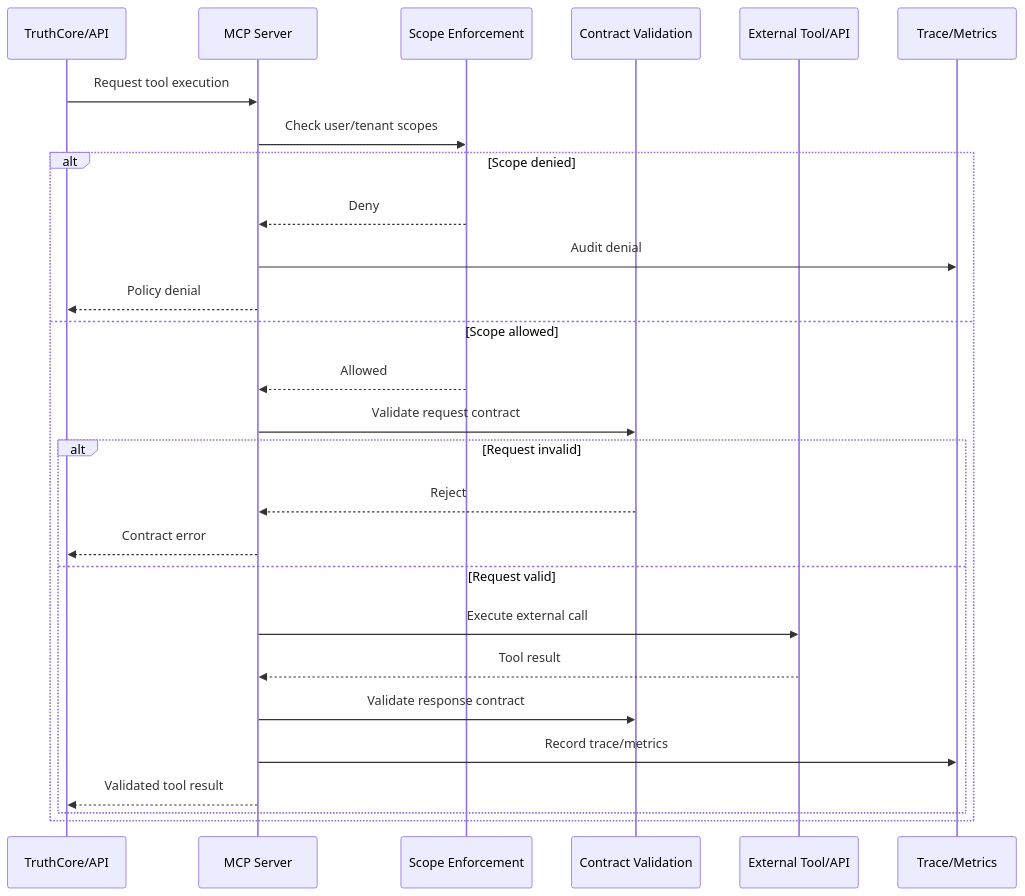
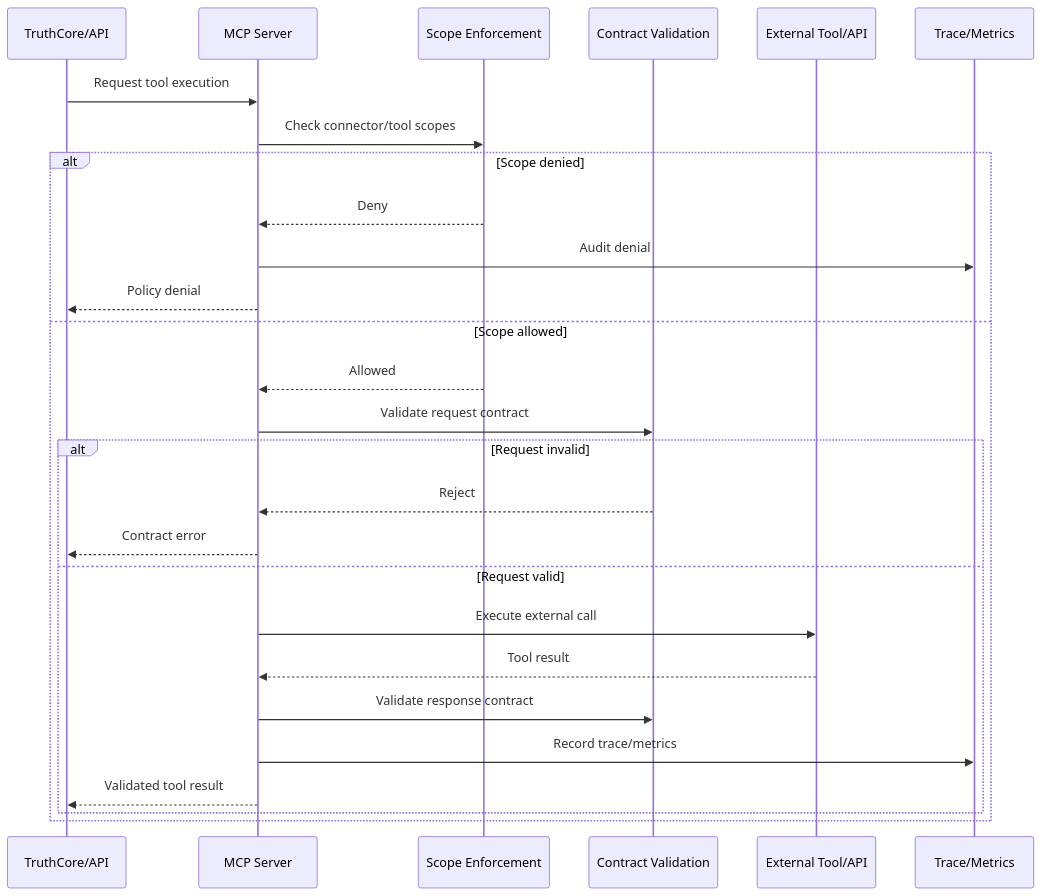
One commit to kherrera6219/DataLogicEngine changed the fifth of 10 diagrams in docs/SEQUENCE_DIAGRAMS.md. Above: the diagram before and after it, drawn with Mermaid. The commit also changed 6 other files, not shown here.

````diff
--- a/docs/SEQUENCE_DIAGRAMS.md
+++ b/docs/SEQUENCE_DIAGRAMS.md
@@ -166,30 +166,30 @@
 ```mermaid
 sequenceDiagram
     participant Core as TruthCore/API
     participant MCP as MCP Server
     participant Scope as Scope Enforcement
     participant Contract as Contract Validation
     participant Tool as External Tool/API
     participant Trace as Trace/Metrics
 
     Core->>MCP: Request tool execution
-    MCP->>Scope: Check user/tenant scopes
+    MCP->>Scope: Check connector/tool scopes
     alt Scope denied
         Scope-->>MCP: Deny
         MCP->>Trace: Audit denial
         MCP-->>Core: Policy denial
     else Scope allowed
         Scope-->>MCP: Allowed
         MCP->>Contract: Validate request contract
         alt Request invalid
             Contract-->>MCP: Reject
             MCP-->>Core: Contract error
         else Request valid
             MCP->>Tool: Execute external call
             Tool-->>MCP: Tool result
             MCP->>Contract: Validate response contract
             MCP->>Trace: Record trace/metrics
             MCP-->>Core: Validated tool result
         end
     end
 ```
````
